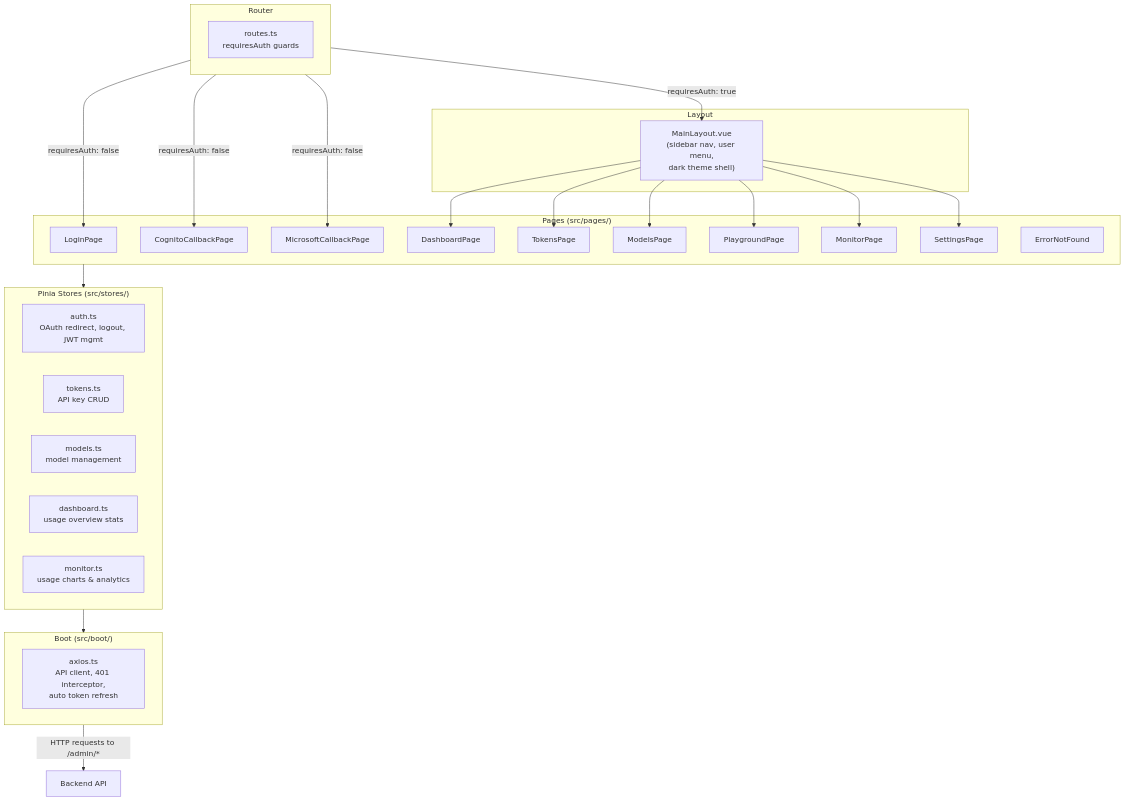
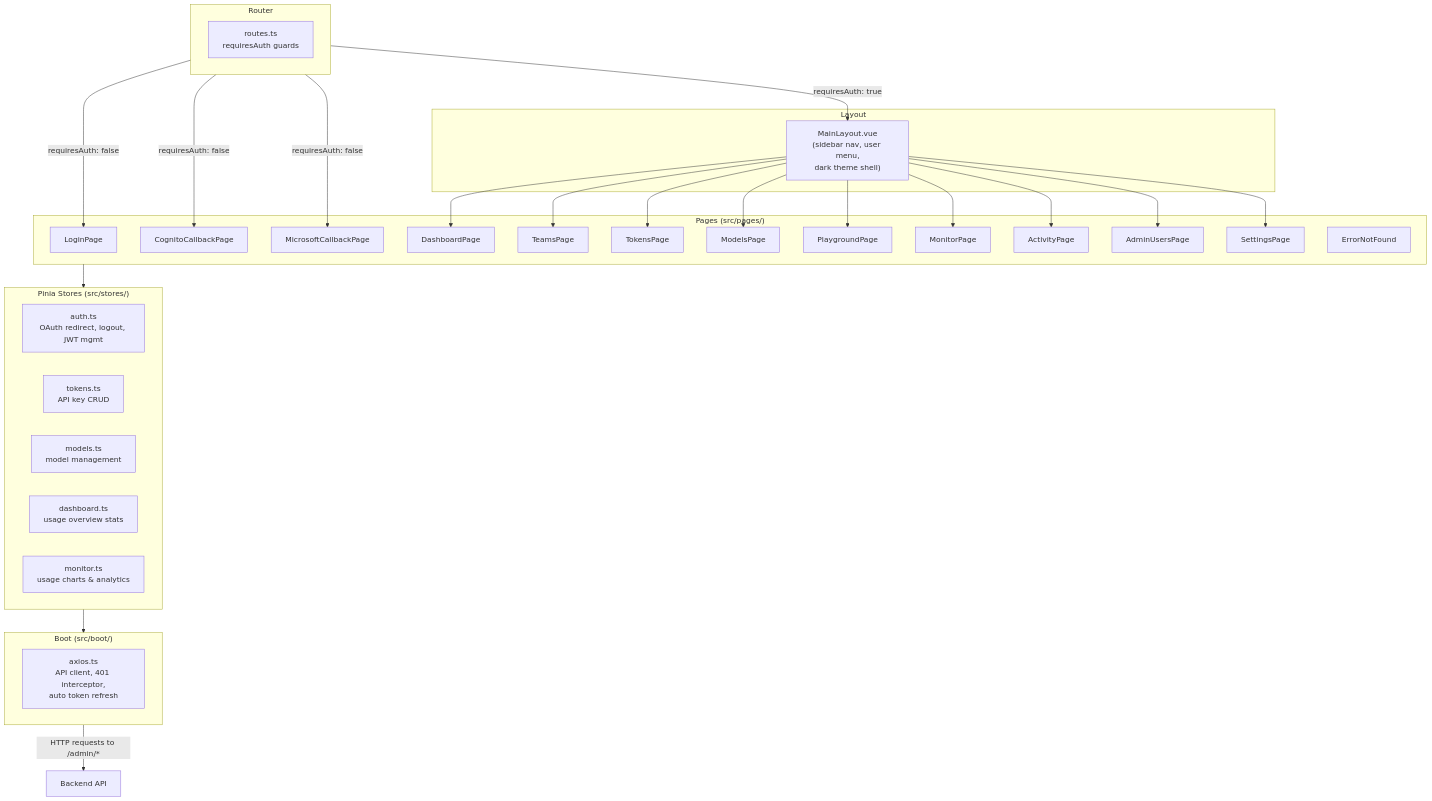
The fourth of 11 diagrams in docs/architecture.md (aws-samples/sample-kolya-br-proxy), drawn with Mermaid before and after one commit. The commit also changed other lines of this file and 13 other files, not shown here.

````diff
--- a/docs/architecture.md
+++ b/docs/architecture.md
@@ -350,51 +384,57 @@
 ```mermaid
 graph TD
     subgraph Pages ["Pages (src/pages/)"]
         Login["LoginPage"]
         CognitoCallback["CognitoCallbackPage"]
         MSCallback["MicrosoftCallbackPage"]
         Dashboard["DashboardPage"]
+        Teams["TeamsPage"]
         Tokens["TokensPage"]
         Models["ModelsPage"]
         Playground["PlaygroundPage"]
         Monitor["MonitorPage"]
+        Activity["ActivityPage"]
+        AdminUsers["AdminUsersPage"]
         Settings["SettingsPage"]
         NotFound["ErrorNotFound"]
     end
 
     subgraph Layout ["Layout"]
         MainLayout["MainLayout.vue<br/>(sidebar nav, user menu,<br/>dark theme shell)"]
     end
 
     subgraph Stores ["Pinia Stores (src/stores/)"]
         AuthStore["auth.ts<br/>OAuth redirect, logout, JWT mgmt"]
         TokenStore["tokens.ts<br/>API key CRUD"]
         ModelStore["models.ts<br/>model management"]
         DashStore["dashboard.ts<br/>usage overview stats"]
         MonitorStore["monitor.ts<br/>usage charts & analytics"]
     end
 
     subgraph Boot ["Boot (src/boot/)"]
         Axios["axios.ts<br/>API client, 401 interceptor,<br/>auto token refresh"]
     end
 
     subgraph Router ["Router"]
         Routes["routes.ts<br/>requiresAuth guards"]
     end
 
     Router -->|"requiresAuth: true"| MainLayout
     Router -->|"requiresAuth: false"| Login
     Router -->|"requiresAuth: false"| CognitoCallback
     Router -->|"requiresAuth: false"| MSCallback
 
     MainLayout --> Dashboard
+    MainLayout --> Teams
     MainLayout --> Tokens
     MainLayout --> Models
     MainLayout --> Playground
     MainLayout --> Monitor
+    MainLayout --> Activity
+    MainLayout --> AdminUsers
     MainLayout --> Settings
 
     Pages --> Stores
     Stores --> Boot
     Boot -->|"HTTP requests to /admin/*"| Backend["Backend API"]
 ```
````
